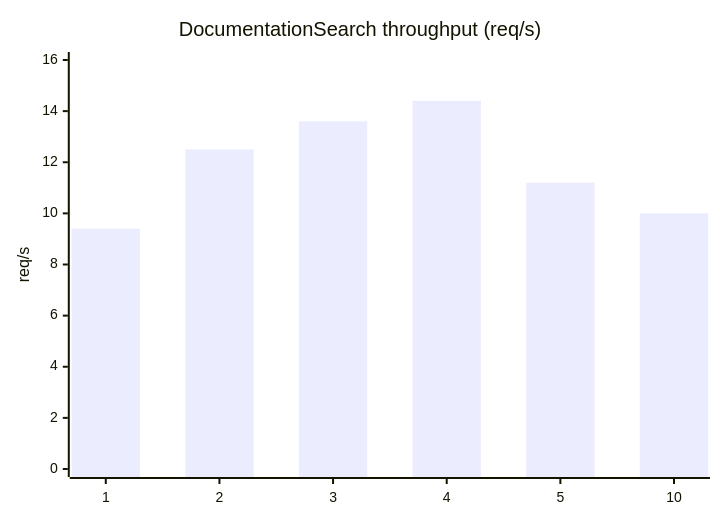
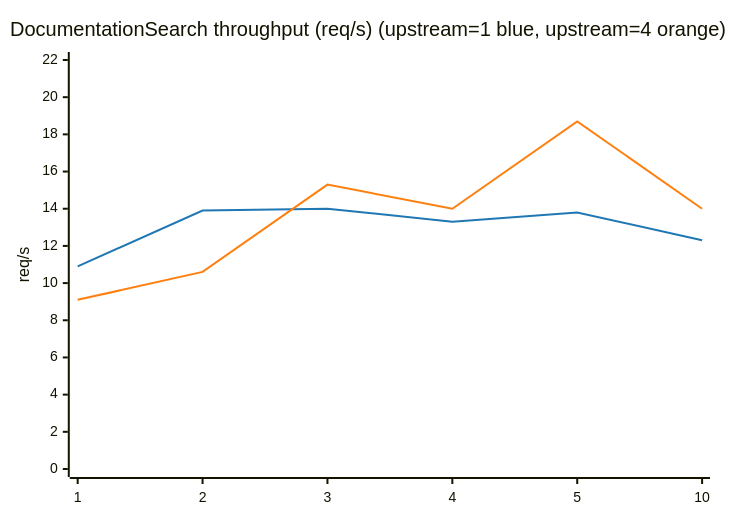
The seventh of 9 diagrams in Docs/mcp-benchmark.md (romanr/XcodeMCPKit), drawn with Mermaid before and after one commit. The commit also changed other lines of this file, not shown here.

Commit message:
docs: rerun upstream=1 vs 4 benchmarks

````diff
--- a/Docs/mcp-benchmark.md
+++ b/Docs/mcp-benchmark.md
@@ -156,7 +217,9 @@
 ```mermaid
+%%{init: {'themeVariables': {'xyChart': {'plotColorPalette': '#1f77b4,#ff7f0e'}}}}%%
 xychart-beta
-    title "DocumentationSearch throughput (req/s)"
+    title "DocumentationSearch throughput (req/s) (upstream=1 blue, upstream=4 orange)"
     x-axis [1, 2, 3, 4, 5, 10]
-    y-axis "req/s" 0 --> 16
-    bar [9.4, 12.5, 13.6, 14.4, 11.2, 10.0]
+    y-axis "req/s" 0 --> 22
+    line [10.9, 13.9, 14.0, 13.3, 13.8, 12.3]
+    line [9.1, 10.6, 15.3, 14.0, 18.7, 14.0]
 ```
````
